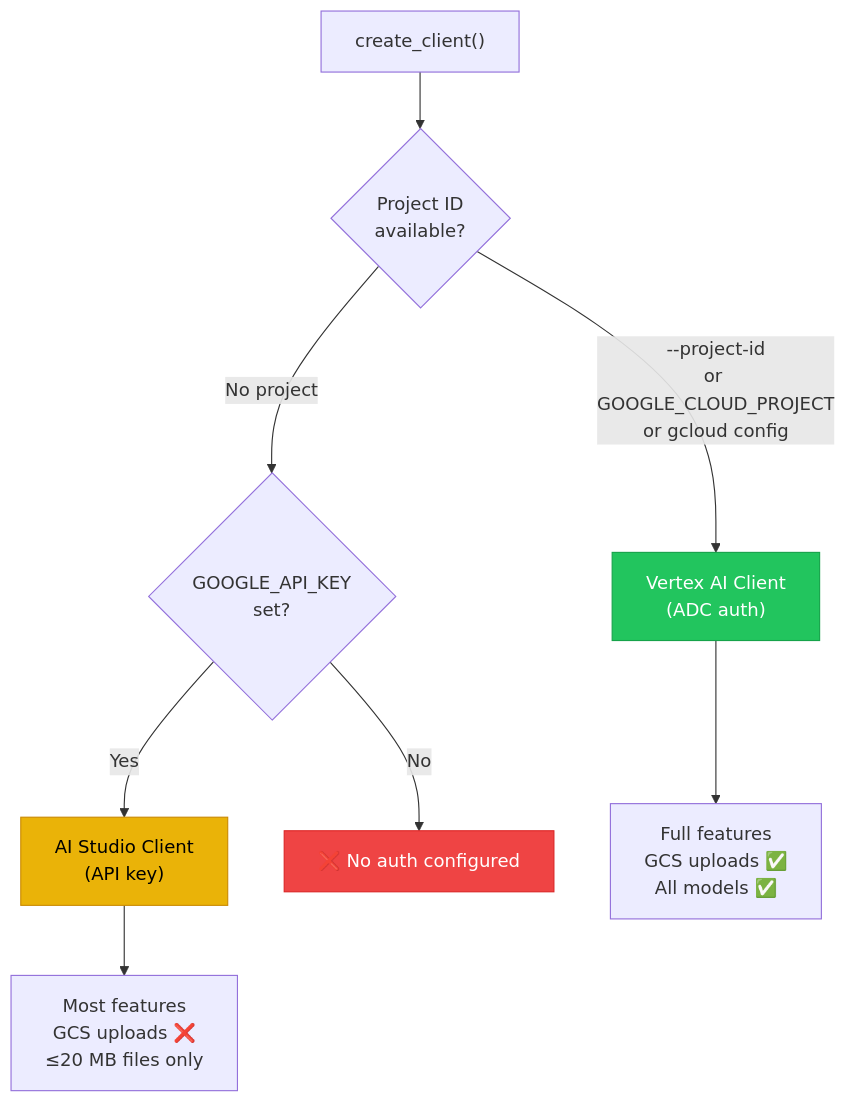
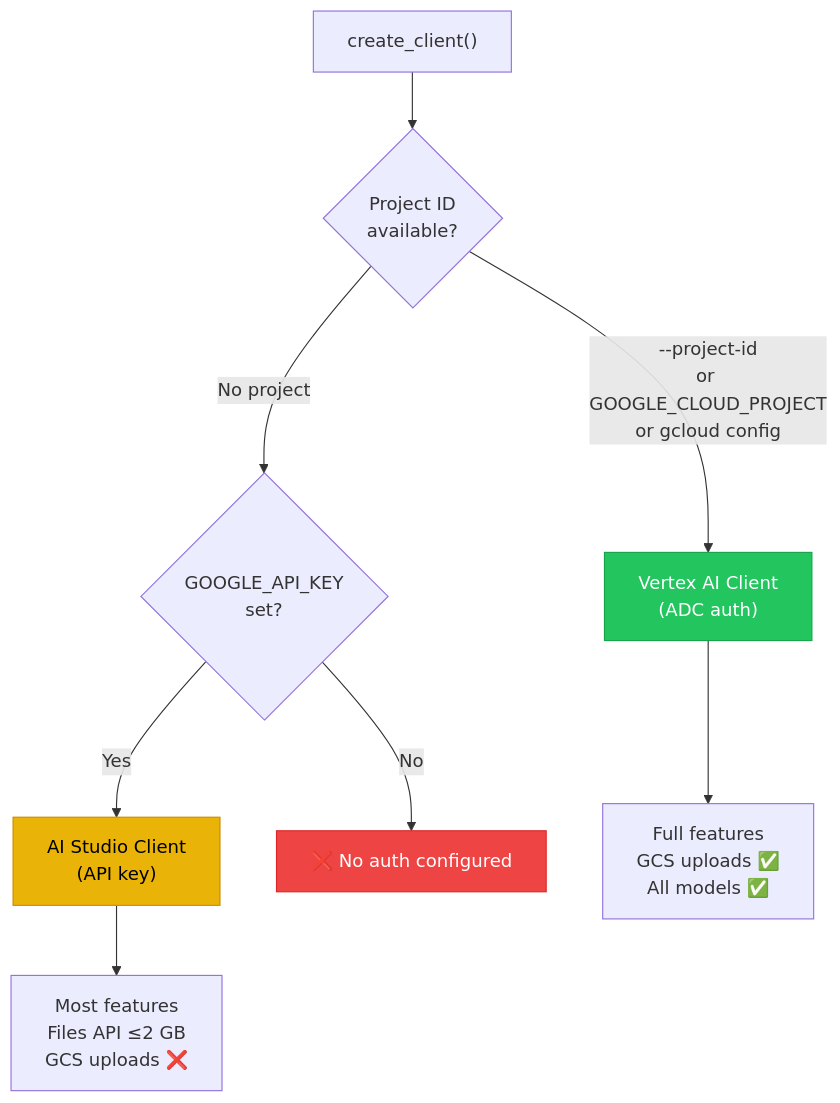
Before and after one commit to Aurelian-Shuttleworth/agent-ear: the second of 6 diagrams in docs/explanation/architecture.md, drawn with Mermaid. The commit also changed other lines of this file and 13 other files, not shown here.

````diff
--- a/docs/explanation/architecture.md
+++ b/docs/explanation/architecture.md
@@ -53,15 +53,15 @@
 ```mermaid
 flowchart TD
     Start["create_client()"] --> CheckProject{"Project ID<br/>available?"}
     CheckProject -->|"--project-id<br/>or GOOGLE_CLOUD_PROJECT<br/>or gcloud config"| Vertex["Vertex AI Client<br/>(ADC auth)"]
     CheckProject -->|No project| CheckKey{"GOOGLE_API_KEY<br/>set?"}
     CheckKey -->|Yes| Studio["AI Studio Client<br/>(API key)"]
     CheckKey -->|No| Fail["❌ No auth configured"]
 
     Vertex --> Full["Full features<br/>GCS uploads ✅<br/>All models ✅"]
-    Studio --> Limited["Most features<br/>GCS uploads ❌<br/>≤20 MB files only"]
+    Studio --> Limited["Most features<br/>Files API ≤2 GB<br/>GCS uploads ❌"]
 
     style Vertex fill:#22c55e,stroke:#16a34a,color:#fff
     style Studio fill:#eab308,stroke:#ca8a04,color:#000
     style Fail fill:#ef4444,stroke:#dc2626,color:#fff
 ```
````
